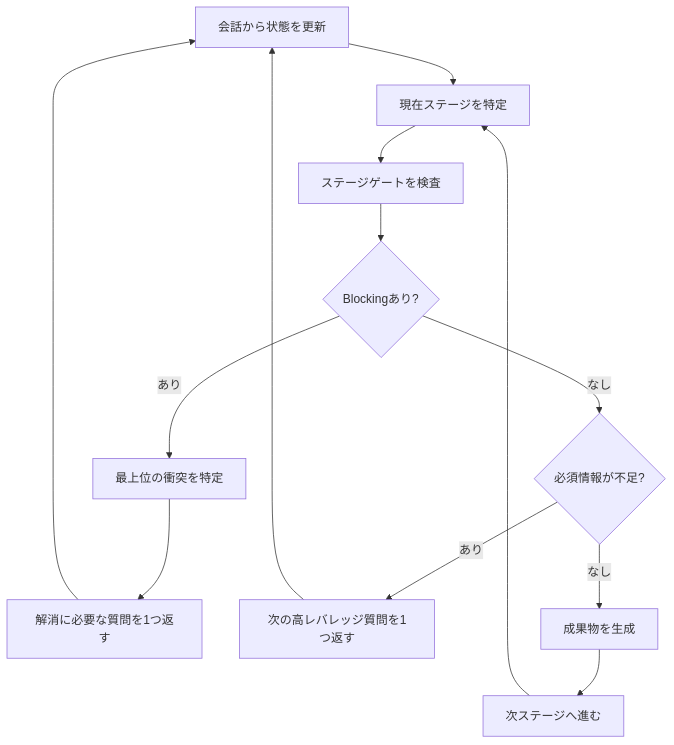
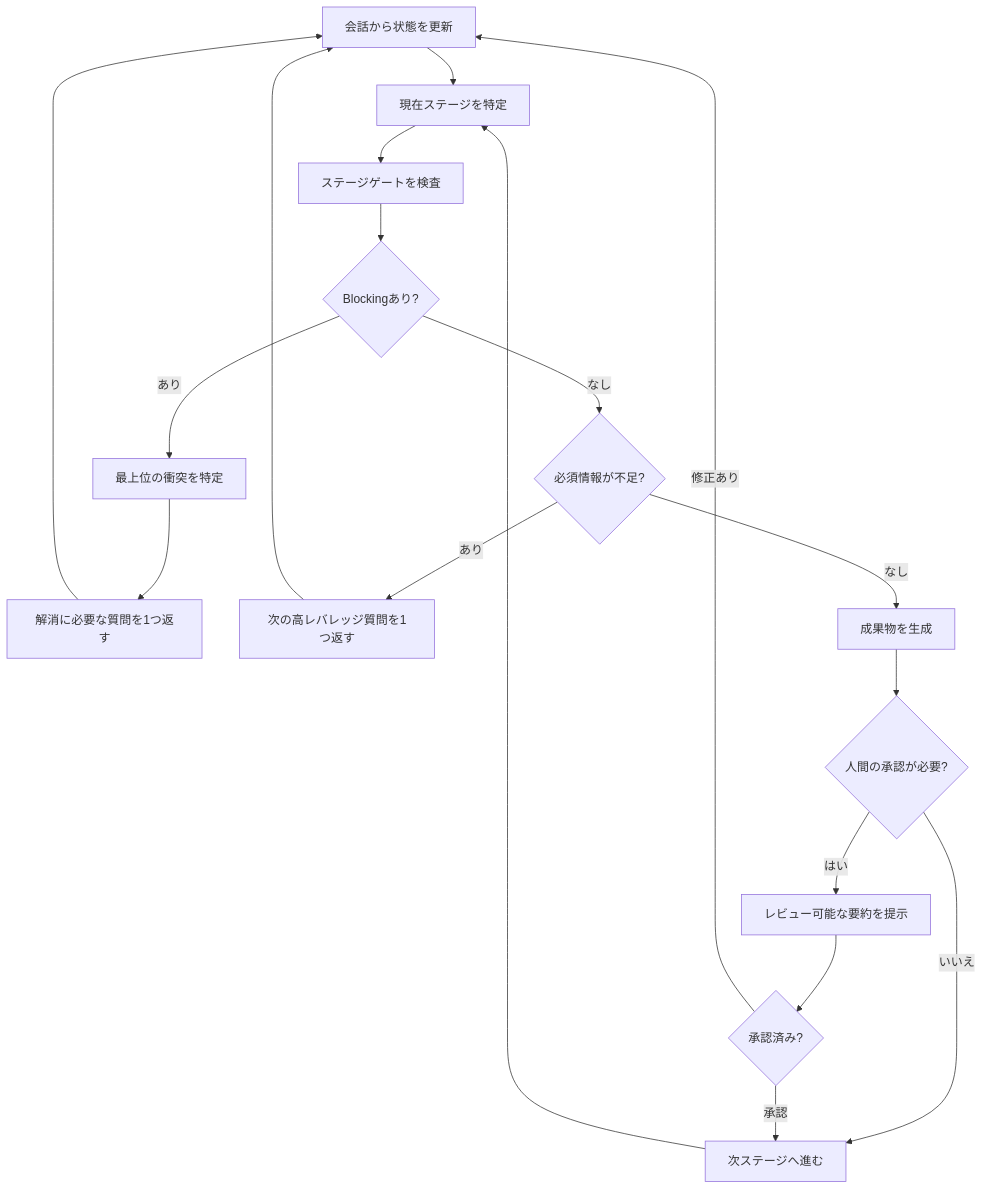
One commit to lilpacy/dotfiles changed the second of 8 diagrams in skills/interaction-design-review-agent/SKILL.md. Above: the diagram before and after it, drawn with Mermaid. The commit also changed other lines of this file and 25 other files, not shown here.

````diff
--- a/skills/interaction-design-review-agent/SKILL.md
+++ b/skills/interaction-design-review-agent/SKILL.md
@@ -117,19 +116,26 @@
 ```mermaid
 flowchart TD
     A[会話から状態を更新]
     B[現在ステージを特定]
     C[ステージゲートを検査]
     D{Blockingあり?}
     E[最上位の衝突を特定]
     F[解消に必要な質問を1つ返す]
     G{必須情報が不足?}
     H[次の高レバレッジ質問を1つ返す]
     I[成果物を生成]
-    J[次ステージへ進む]
+    J{人間の承認が必要?}
+    K[レビュー可能な要約を提示]
+    L{承認済み?}
+    M[次ステージへ進む]
 
     A --> B --> C --> D
     D -->|あり| E --> F --> A
     D -->|なし| G
     G -->|あり| H --> A
-    G -->|なし| I --> J --> B
+    G -->|なし| I --> J
+    J -->|いいえ| M --> B
+    J -->|はい| K --> L
+    L -->|修正あり| A
+    L -->|承認| M
 ```
````
